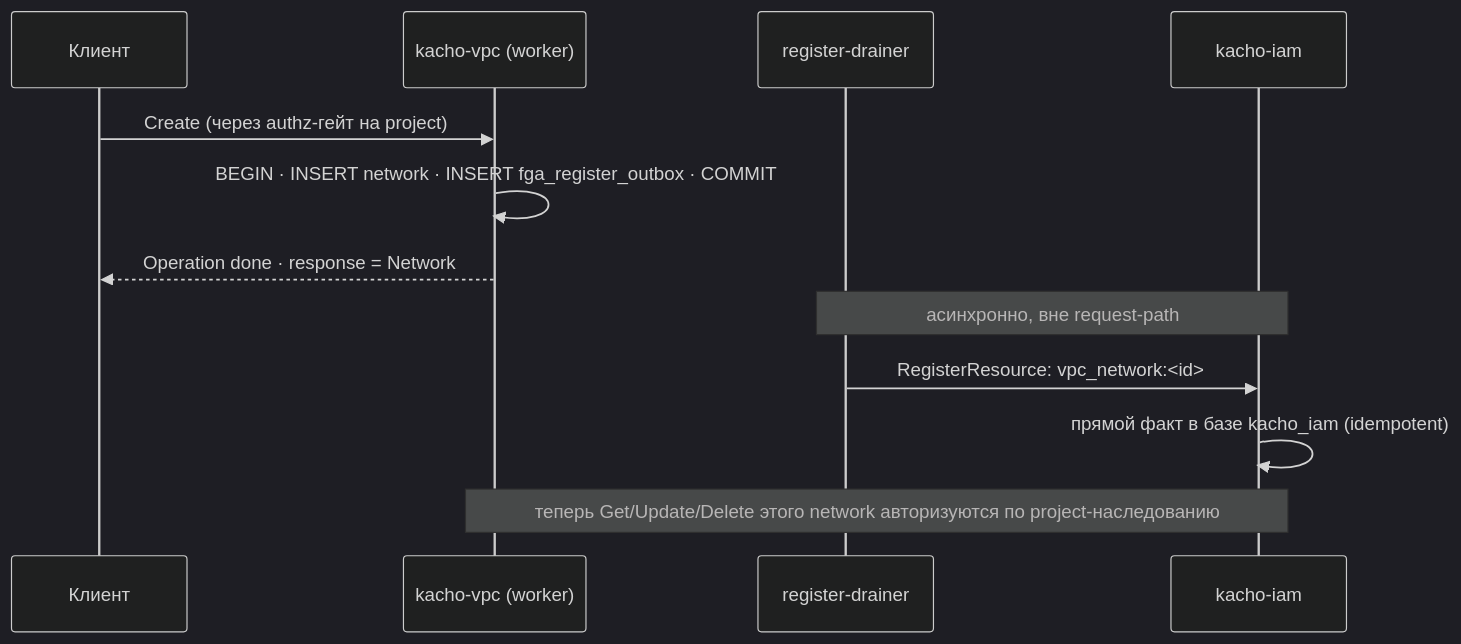
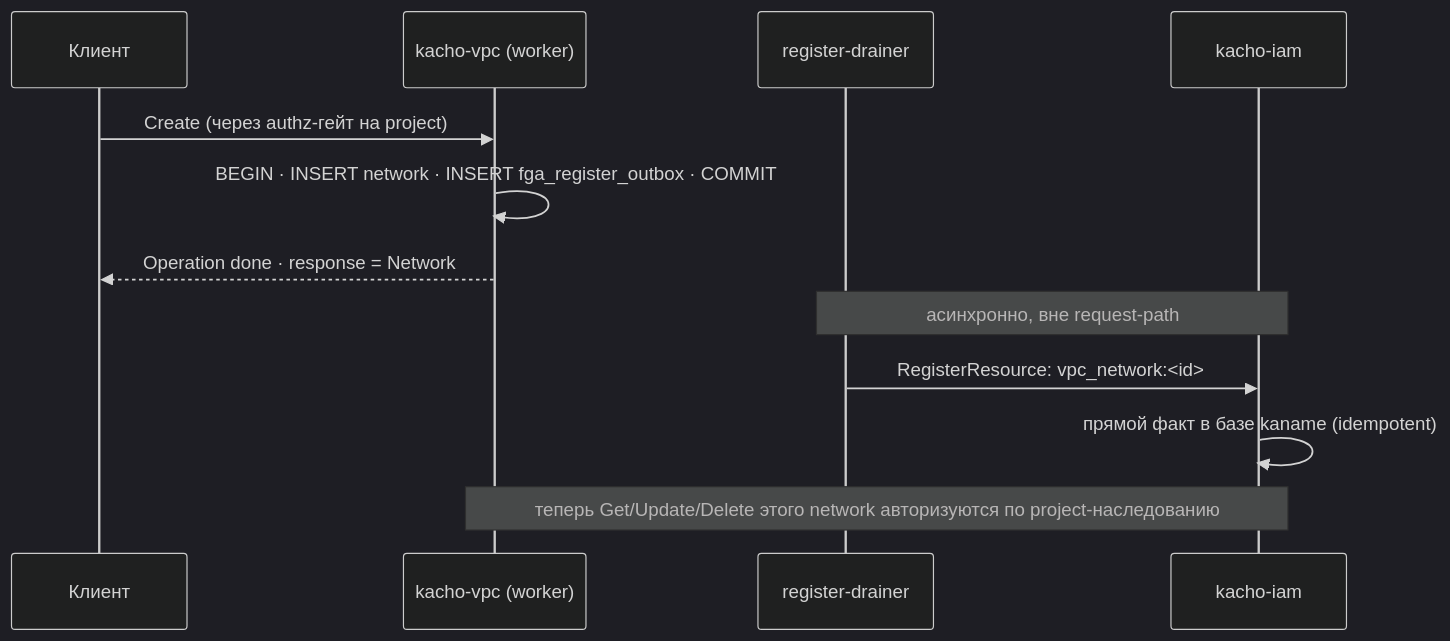
Before and after one commit to PRO-Robotech/kacho: the second of 3 diagrams in services/vpc/docs/content/architecture/authz.mdx, drawn with Mermaid (dark theme). The commit also changed other lines of this file and 700 other files, not shown here.

First line of the commit message:
refactor(iam): схема Postgres названа именем своего продукта

````diff
--- a/services/vpc/docs/content/architecture/authz.mdx
+++ b/services/vpc/docs/content/architecture/authz.mdx
@@ -166,14 +166,14 @@
 ```mermaid
 sequenceDiagram
   participant C as Клиент
   participant V as kacho-vpc (worker)
   participant D as register-drainer
   participant I as kacho-iam
   C->>V: Create (через authz-гейт на project)
   V->>V: BEGIN · INSERT network · INSERT fga_register_outbox · COMMIT
   V-->>C: Operation done · response = Network
   Note over D,I: асинхронно, вне request-path
   D->>I: RegisterResource: vpc_network:<id>#project@project:<pid>
-  I->>I: прямой факт в базе kacho_iam (idempotent)
+  I->>I: прямой факт в базе kaname (idempotent)
   Note over V,I: теперь Get/Update/Delete этого network авторизуются по project-наследованию
 ```
````
